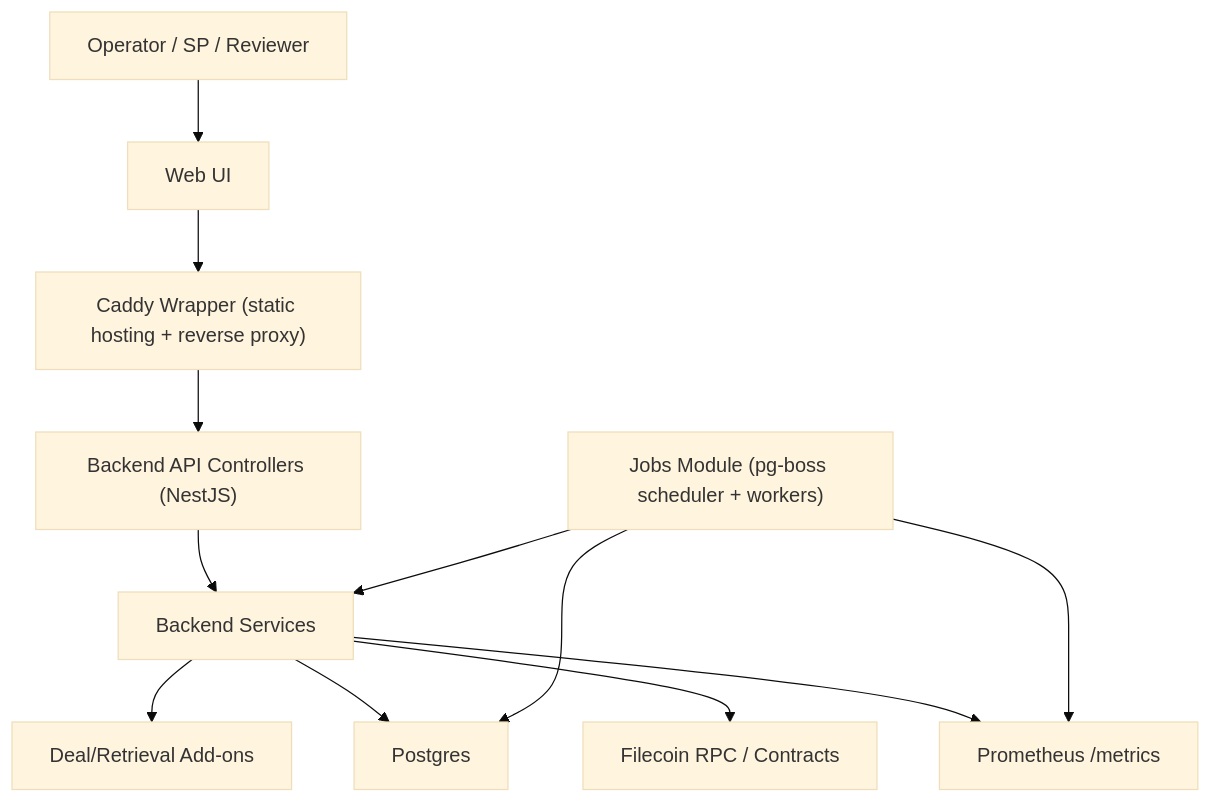
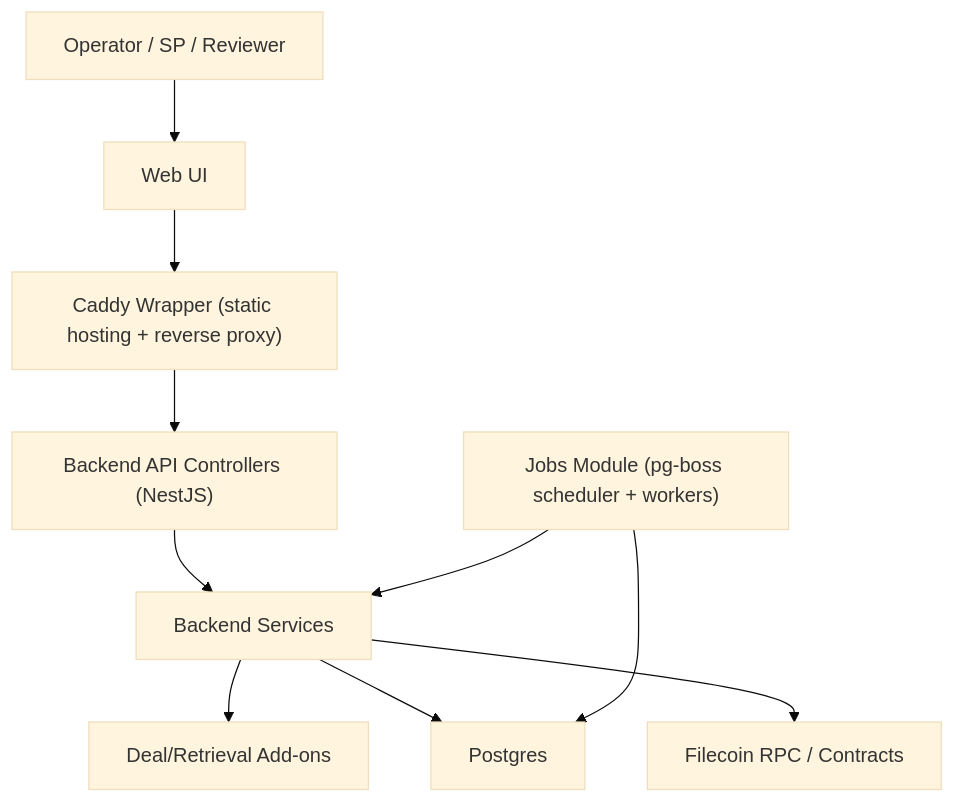
One commit to FilOzone/dealbot changed the diagram in docs/architecture.md. Above: the diagram before and after it, drawn with Mermaid (base theme). The commit also changed other lines of this file and 5 other files, not shown here.

````diff
--- a/docs/architecture.md
+++ b/docs/architecture.md
@@ -5,14 +5,12 @@
 ```mermaid
 graph TD
     User["Operator / SP / Reviewer"] --> WebUI["Web UI"]
     WebUI --> Caddy["Caddy Wrapper (static hosting + reverse proxy)"]
     Caddy --> ApiControllers["Backend API Controllers (NestJS)"]
     ApiControllers --> ApiServices["Backend Services"]
     ApiServices --> Addons["Deal/Retrieval Add-ons"]
     ApiServices --> Db["Postgres"]
     ApiServices --> Wallet["Filecoin RPC / Contracts"]
     Jobs["Jobs Module (pg-boss scheduler + workers)"] --> ApiServices
     Jobs --> Db
-    ApiServices --> Metrics["Prometheus /metrics"]
-    Jobs --> Metrics
 ```
````
